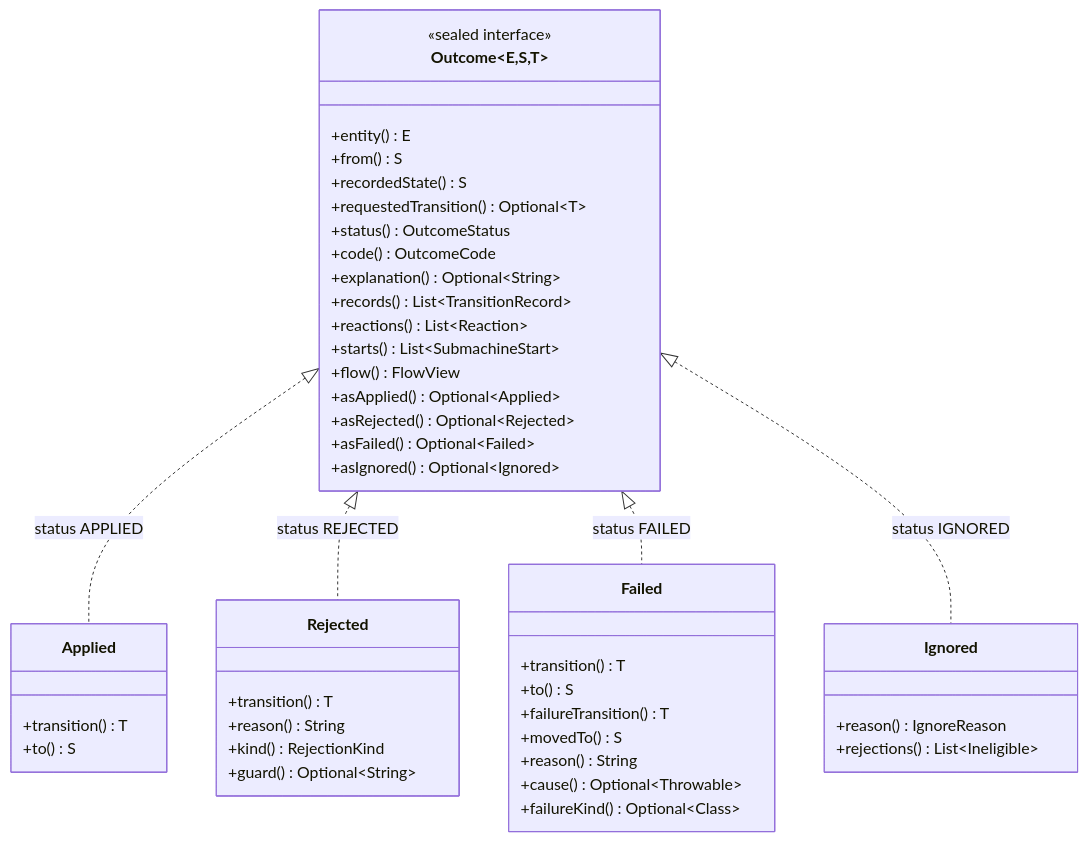
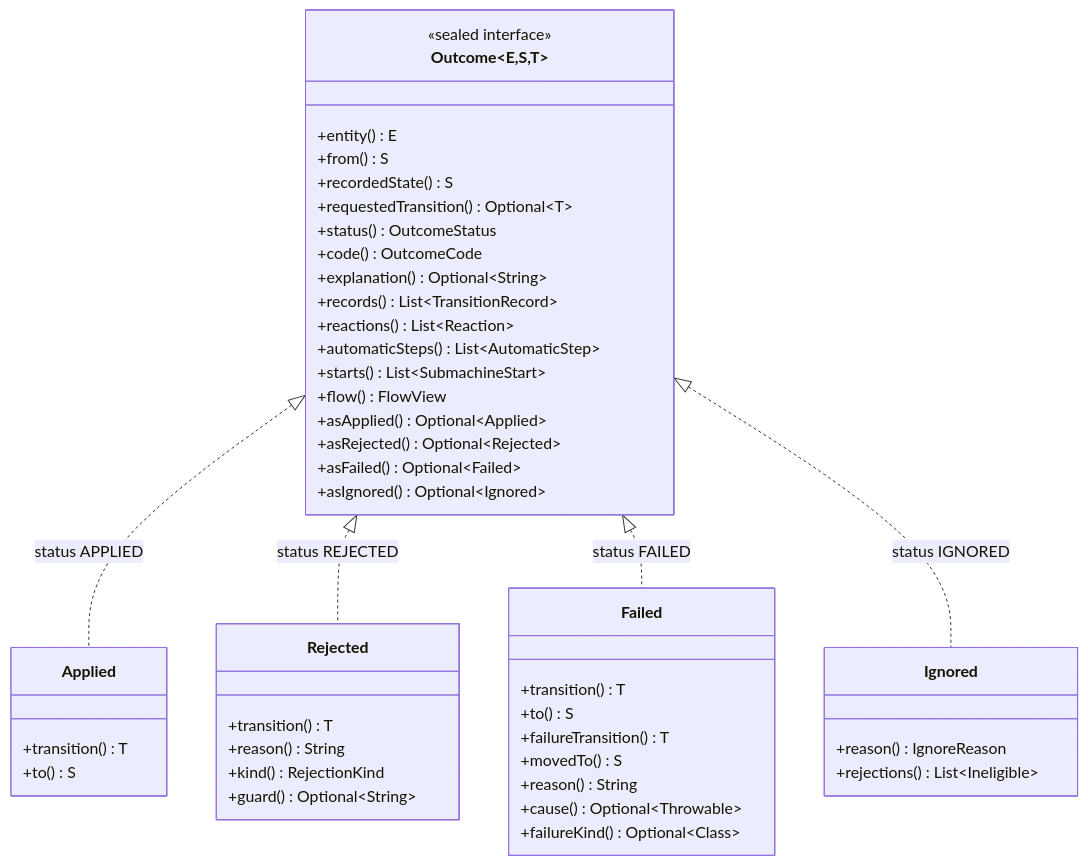
The diagram in docs/outcomes.md (graphmaquina/graphmaquina), drawn with Mermaid before and after one commit. The commit also changed other lines of this file and 62 other files, not shown here.

````diff
--- a/docs/outcomes.md
+++ b/docs/outcomes.md
@@ -17,49 +17,50 @@
 ```mermaid
 classDiagram
     direction TB
     class Outcome~E,S,T~ {
         <<sealed interface>>
         +entity() E
         +from() S
         +recordedState() S
         +requestedTransition() Optional~T~
         +status() OutcomeStatus
         +code() OutcomeCode
         +explanation() Optional~String~
         +records() List~TransitionRecord~
         +reactions() List~Reaction~
+        +automaticSteps() List~AutomaticStep~
         +starts() List~SubmachineStart~
         +flow() FlowView
         +asApplied() Optional~Applied~
         +asRejected() Optional~Rejected~
         +asFailed() Optional~Failed~
         +asIgnored() Optional~Ignored~
     }
     class Applied {
         +transition() T
         +to() S
     }
     class Rejected {
         +transition() T
         +reason() String
         +kind() RejectionKind
         +guard() Optional~String~
     }
     class Failed {
         +transition() T
         +to() S
         +failureTransition() T
         +movedTo() S
         +reason() String
         +cause() Optional~Throwable~
         +failureKind() Optional~Class~
     }
     class Ignored {
         +reason() IgnoreReason
         +rejections() List~Ineligible~
     }
     Outcome <|.. Applied : status APPLIED
     Outcome <|.. Rejected : status REJECTED
     Outcome <|.. Failed : status FAILED
     Outcome <|.. Ignored : status IGNORED
 ```
````
